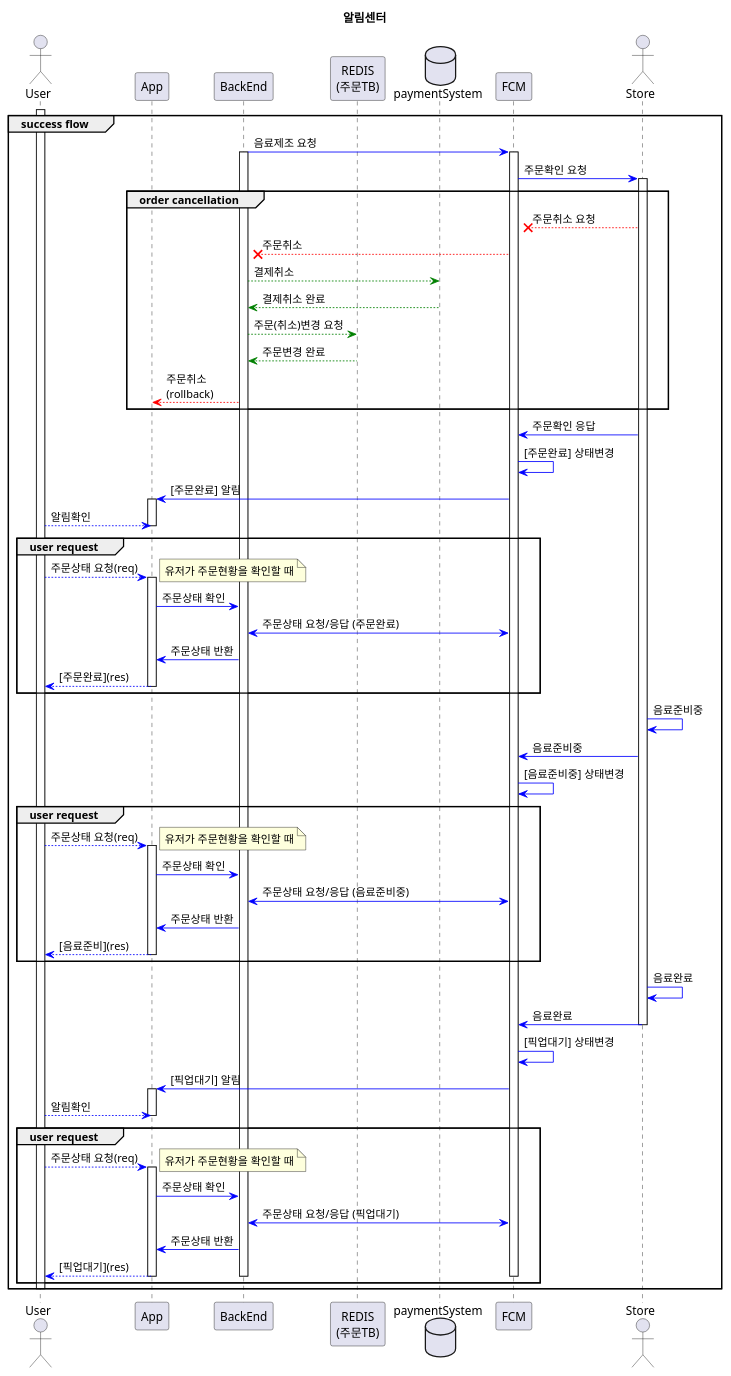
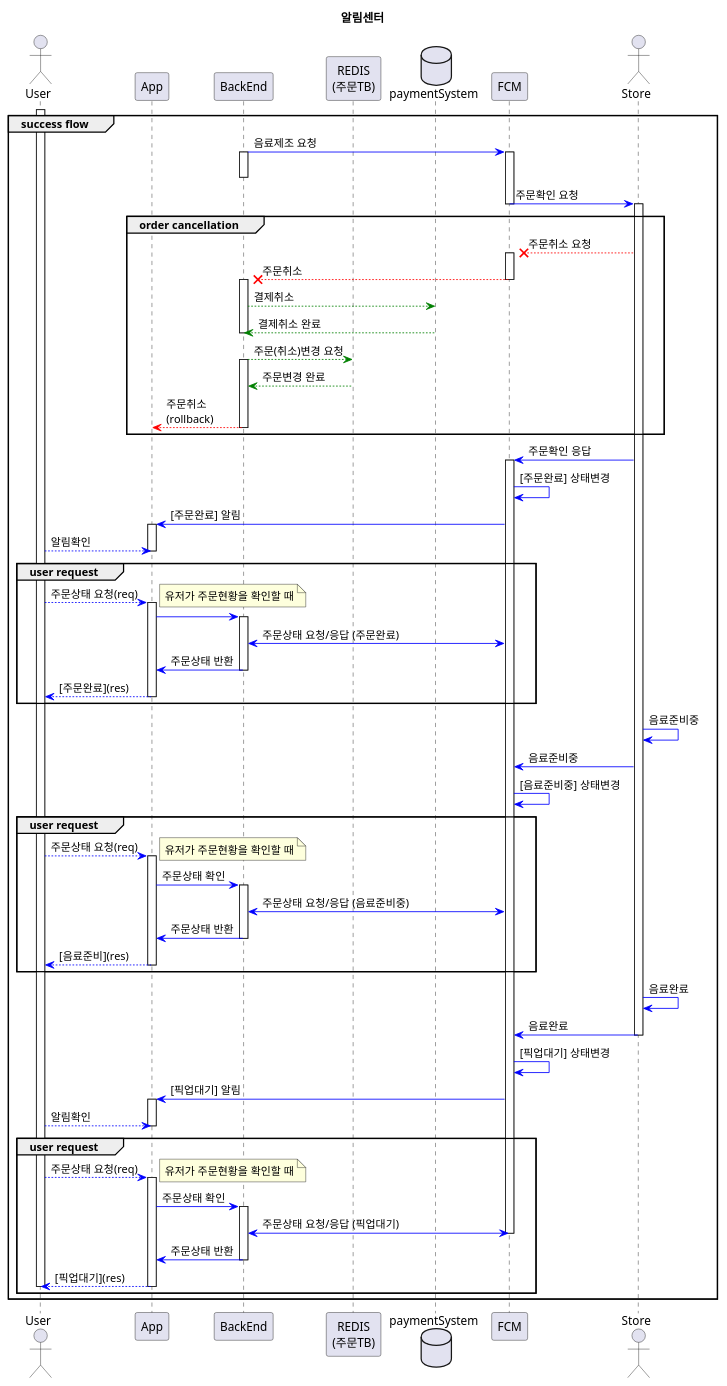
One commit to f-lab-edu/starcoffee changed the diagram in Document/message/message.puml. Above: the diagram before and after it, drawn with PlantUML. The commit also changed 3 other files, not shown here.

```diff
--- a/Document/message/message.puml
+++ b/Document/message/message.puml
@@ -1,89 +1,112 @@
 @startuml
 title 알림센터
 
 
 actor "User" as user
 participant "App" as app
 participant "BackEnd" as backend
 participant "REDIS\n(주문TB)" as redis
 database "paymentSystem" as paySystem
 participant "FCM" as fcm
 actor "Store" as store
 
 activate user
 
 group success flow
 
+
 backend -[#blue]> fcm : 음료제조 요청
 activate backend
+deactivate backend
 
 activate fcm
 fcm -[#blue]> store : 주문확인 요청
+deactivate fcm
 activate store
     group order cancellation
         store --[#red]x fcm : 주문취소 요청
+        activate fcm
         fcm --[#red]x backend : 주문취소
+        deactivate fcm
+        activate backend
         backend --[#green]> paySystem : 결제취소
         paySystem --[#green]> backend : 결제취소 완료
+        deactivate backend
+
         backend --[#green]> redis : 주문(취소)변경 요청
+        activate backend
         redis --[#green]> backend : 주문변경 완료
+
         backend --[#red]> app : 주문취소\n(rollback)
+        deactivate backend
     end
+
+
 store -[#blue]> fcm : 주문확인 응답
+activate fcm
 fcm -[#blue]> fcm : [주문완료] 상태변경
 
 fcm -[#blue]> app : [주문완료] 알림
 activate app
 user --[#blue]> app : 알림확인
 deactivate app
 
     group user request
         user --[#blue]> app : 주문상태 요청(req)
         activate app
         note right : 유저가 주문현황을 확인할 때
-        app -[#blue]> backend : 주문상태 확인
+        app -[#blue]> backend :
+        activate backend
         backend <-[#blue]> fcm : 주문상태 요청/응답 (주문완료)
         backend -[#blue]> app : 주문상태 반환
+        deactivate backend
         app --[#blue]> user : [주문완료](res)
         deactivate app
     end
 store -[#blue]> store : 음료준비중
+
 store -[#blue]> fcm : 음료준비중
+
 fcm -[#blue]> fcm : [음료준비중] 상태변경
     group user request
         user --[#blue]> app : 주문상태 요청(req)
         activate app
         note right : 유저가 주문현황을 확인할 때
         app -[#blue]> backend : 주문상태 확인
+        activate backend
         backend <-[#blue]> fcm : 주문상태 요청/응답 (음료준비중)
+
         backend -[#blue]> app : 주문상태 반환
+        deactivate backend
         app --[#blue]> user : [음료준비](res)
         deactivate app
     end
 
 store -[#blue]> store : 음료완료
 store -[#blue]> fcm : 음료완료
 deactivate store
 fcm -[#blue]> fcm : [픽업대기] 상태변경
 fcm -[#blue]> app : [픽업대기] 알림
 activate app
 user --[#blue]> app : 알림확인
 deactivate app
 
     group user request
         user --[#blue]> app : 주문상태 요청(req)
         activate app
         note right : 유저가 주문현황을 확인할 때
         app -[#blue]> backend : 주문상태 확인
+        activate backend
         backend <-[#blue]> fcm : 주문상태 요청/응답 (픽업대기)
+        deactivate fcm
         backend -[#blue]> app : 주문상태 반환
+        deactivate backend
         app --[#blue]> user : [픽업대기](res)
         deactivate app
-        deactivate fcm
         deactivate backend
+        deactivate user
     end
 
-deactivate user
 end
 
 @enduml
```
